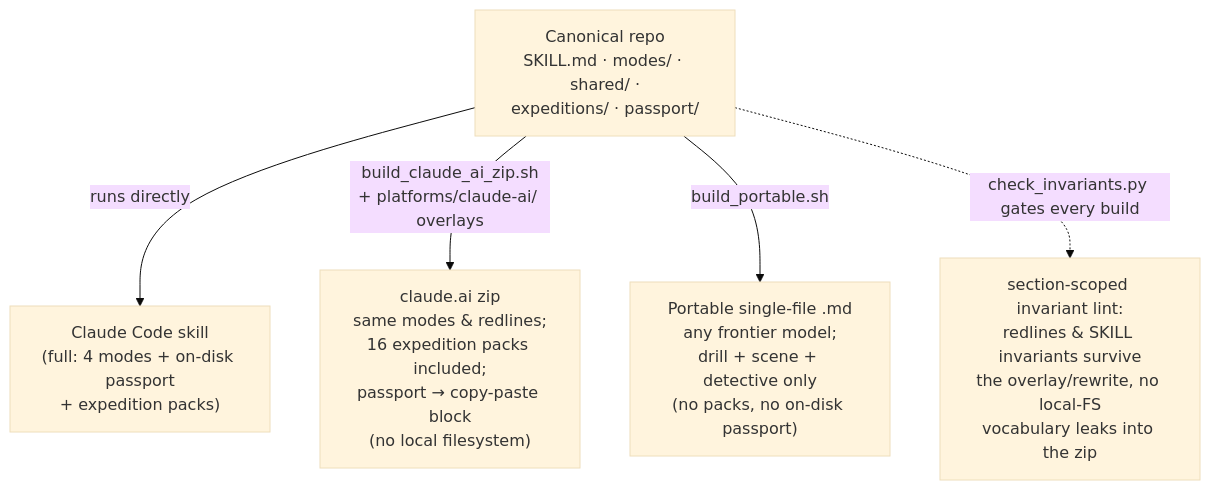
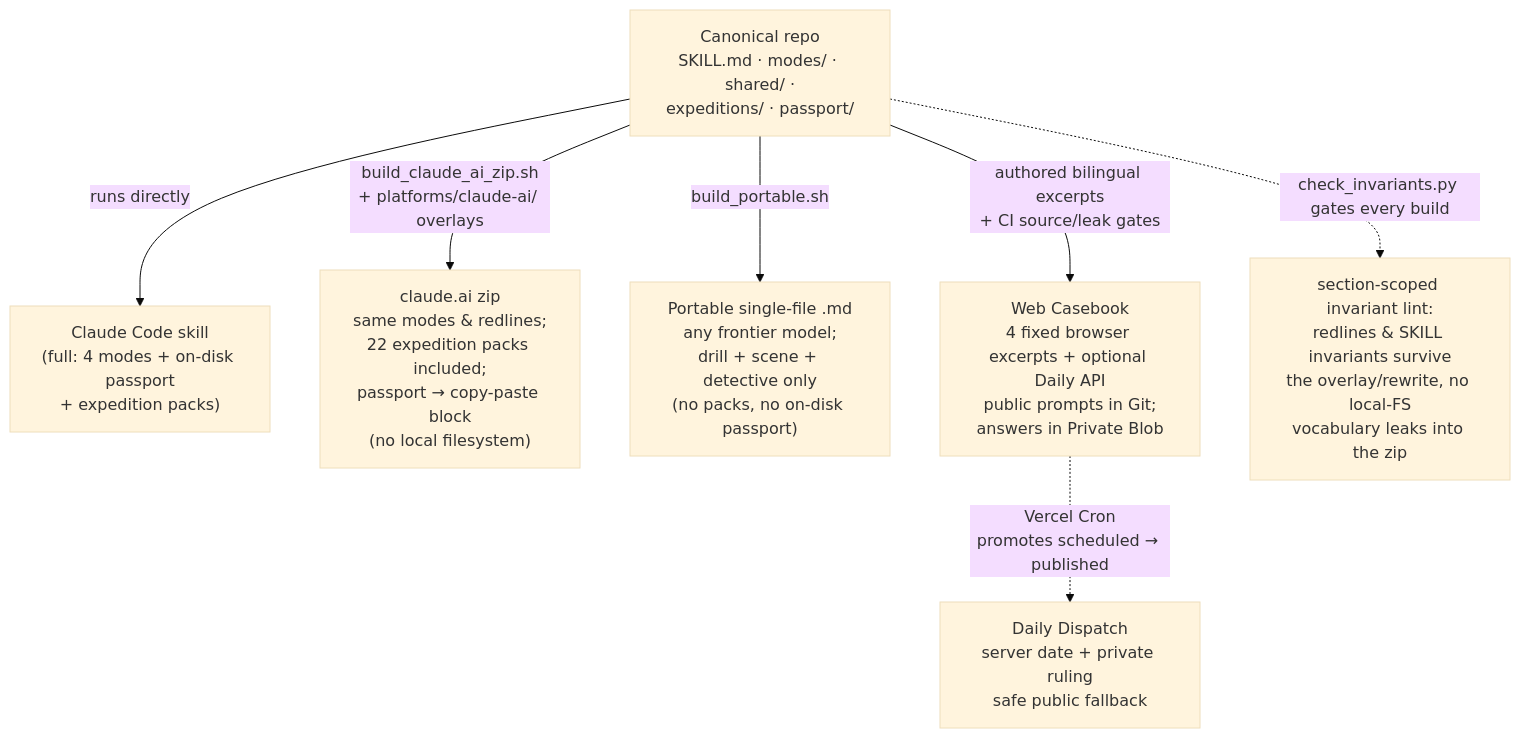
One commit to Imbad0202/critical-thinking-for-humans changed the sixth of 6 diagrams in docs/ARCHITECTURE.md. Above: the diagram before and after it, drawn with Mermaid (base theme). The commit also changed other lines of this file and 116 other files, not shown here.

First line of the commit message:
feat(web): add bilingual Web Casebook + Daily Dispatch entry point

````diff
--- a/docs/ARCHITECTURE.md
+++ b/docs/ARCHITECTURE.md
@@ -205,12 +209,16 @@
 ```mermaid
 flowchart TD
     Canonical["Canonical repo<br/>SKILL.md · modes/ · shared/ ·<br/>expeditions/ · passport/"]
 
     Canonical -->|"runs directly"| CC["Claude Code skill<br/>(full: 4 modes + on-disk passport<br/>+ expedition packs)"]
 
-    Canonical -->|"build_claude_ai_zip.sh<br/>+ platforms/claude-ai/ overlays"| Zip["claude.ai zip<br/>same modes & redlines;<br/>16 expedition packs included;<br/>passport → copy-paste block<br/>(no local filesystem)"]
+    Canonical -->|"build_claude_ai_zip.sh<br/>+ platforms/claude-ai/ overlays"| Zip["claude.ai zip<br/>same modes & redlines;<br/>22 expedition packs included;<br/>passport → copy-paste block<br/>(no local filesystem)"]
 
     Canonical -->|"build_portable.sh"| Port["Portable single-file .md<br/>any frontier model;<br/>drill + scene + detective only<br/>(no packs, no on-disk passport)"]
 
+    Canonical -->|"authored bilingual excerpts<br/>+ CI source/leak gates"| Web["Web Casebook<br/>4 fixed browser excerpts + optional Daily API<br/>public prompts in Git;<br/>answers in Private Blob"]
+
     Canonical -.->|"check_invariants.py gates every build"| Gate["section-scoped invariant lint:<br/>redlines & SKILL invariants survive<br/>the overlay/rewrite, no local-FS<br/>vocabulary leaks into the zip"]
+
+    Web -.->|"Vercel Cron<br/>promotes scheduled → published"| Daily["Daily Dispatch<br/>server date + private ruling<br/>safe public fallback"]
 ```
````
